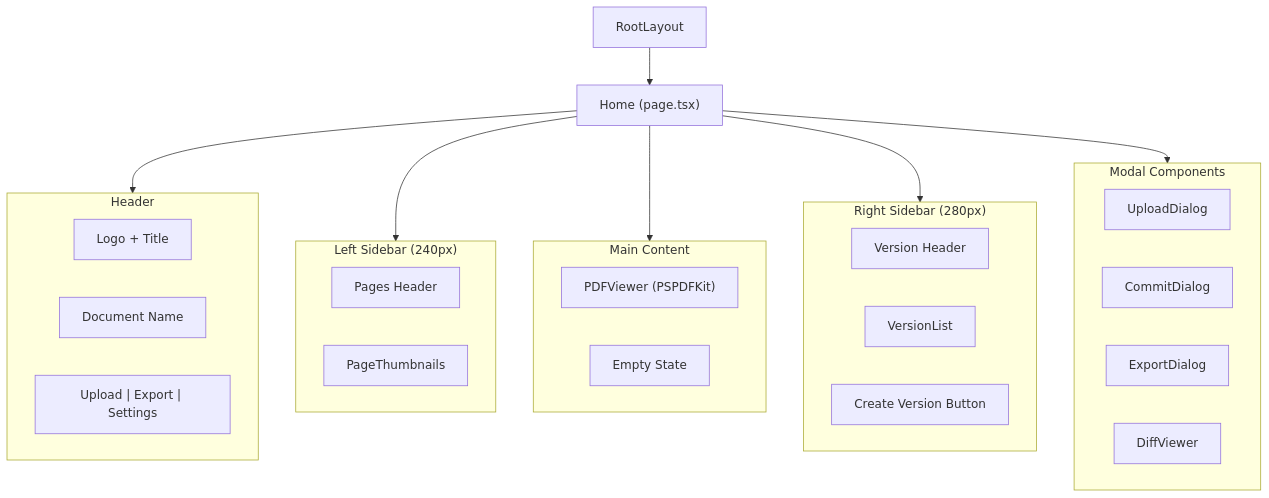
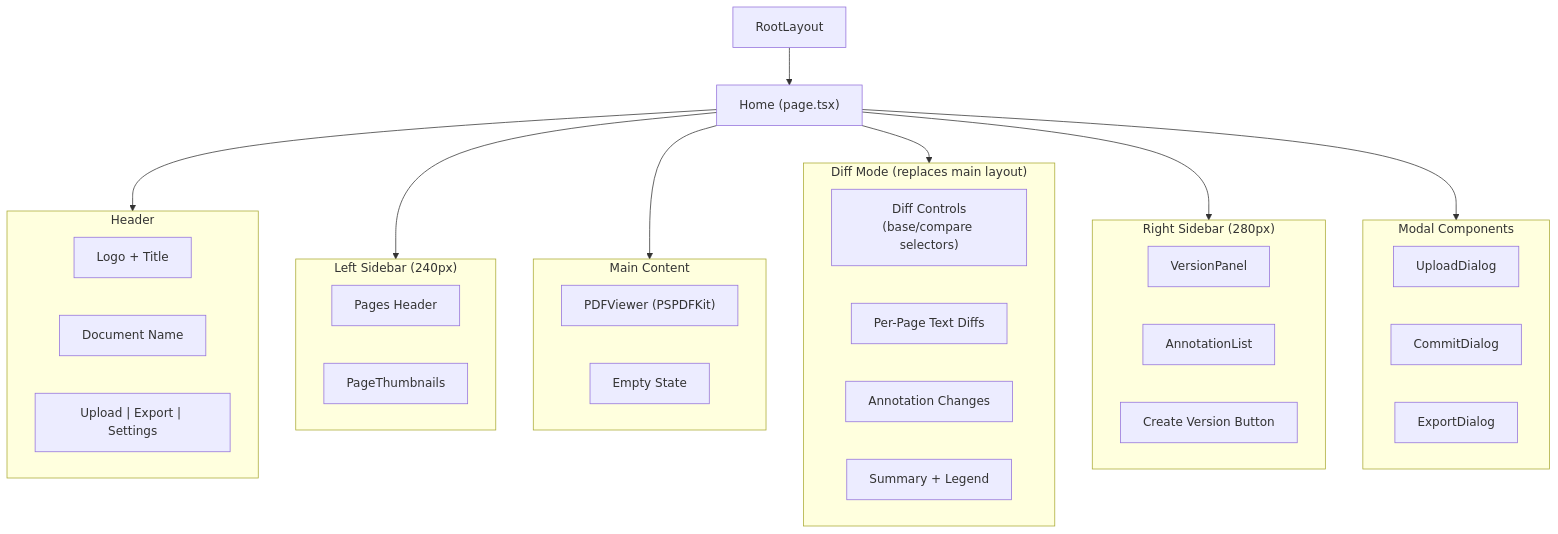
Before and after one commit to hellosurbhi/pdf-review-tool: the sixth of 11 diagrams in ARCHITECTURE.md, drawn with Mermaid. The commit also changed other lines of this file and 7 other files, not shown here.

First line of the commit message:
feat: version diff with text comparison and annotation diff overlay

````diff
--- a/ARCHITECTURE.md
+++ b/ARCHITECTURE.md
@@ -150,41 +160,48 @@
 ```mermaid
 flowchart TD
     RootLayout["RootLayout"]
     HomePage["Home (page.tsx)"]
 
     subgraph Header["Header"]
         Logo["Logo + Title"]
         DocName["Document Name"]
         Actions["Upload | Export | Settings"]
     end
 
     subgraph LeftSidebar["Left Sidebar (240px)"]
         PagesHeader["Pages Header"]
         PageThumbnails["PageThumbnails"]
     end
 
     subgraph MainContent["Main Content"]
         PDFViewer["PDFViewer (PSPDFKit)"]
         EmptyState["Empty State"]
     end
 
+    subgraph DiffView["Diff Mode (replaces main layout)"]
+        DiffControls["Diff Controls<br/>(base/compare selectors)"]
+        DiffPanel["Per-Page Text Diffs"]
+        DiffAnnotations["Annotation Changes"]
+        DiffSummary["Summary + Legend"]
+    end
+
     subgraph RightSidebar["Right Sidebar (280px)"]
-        VersionHeader["Version Header"]
-        VersionList["VersionList"]
+        VersionPanel["VersionPanel"]
+        AnnotationList["AnnotationList"]
         CreateVersionBtn["Create Version Button"]
     end
 
     subgraph Modals["Modal Components"]
         UploadDialog["UploadDialog"]
         CommitDialog["CommitDialog"]
         ExportDialog["ExportDialog"]
-        DiffViewer["DiffViewer"]
     end
 
     RootLayout --> HomePage
     HomePage --> Header
     HomePage --> LeftSidebar
     HomePage --> MainContent
+    HomePage --> DiffView
     HomePage --> RightSidebar
     HomePage --> Modals
 ```
````
